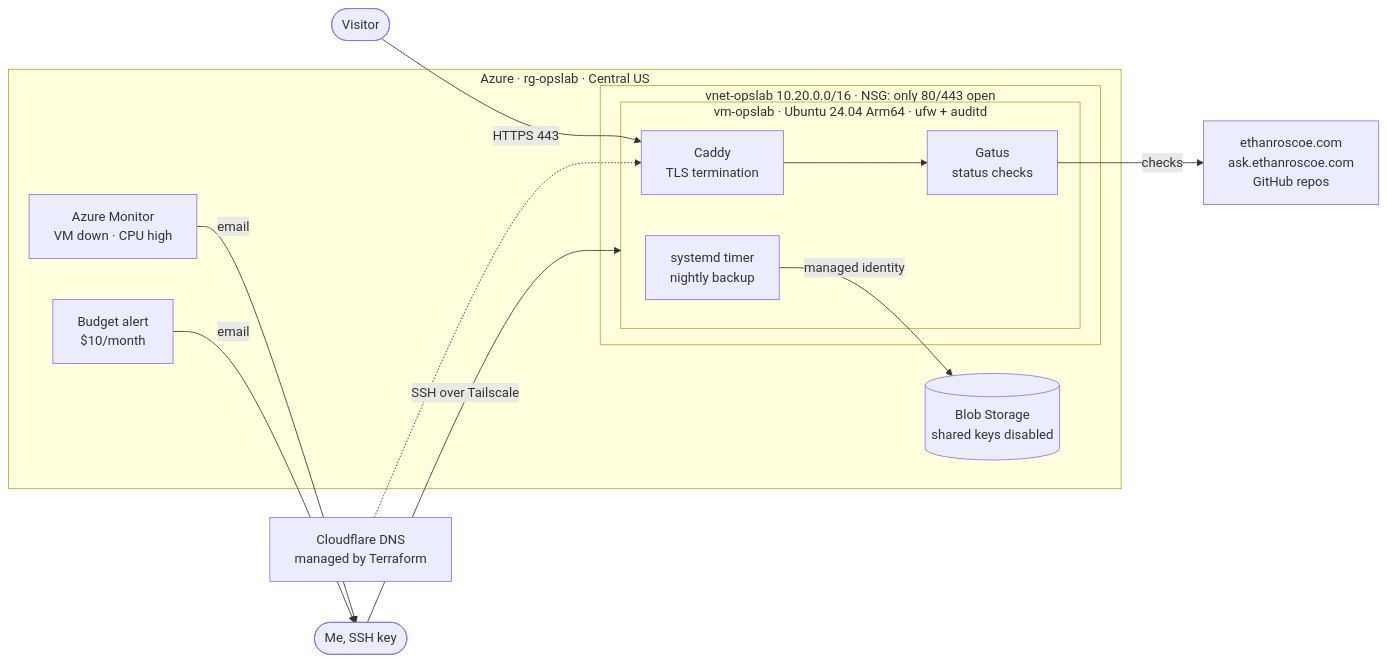
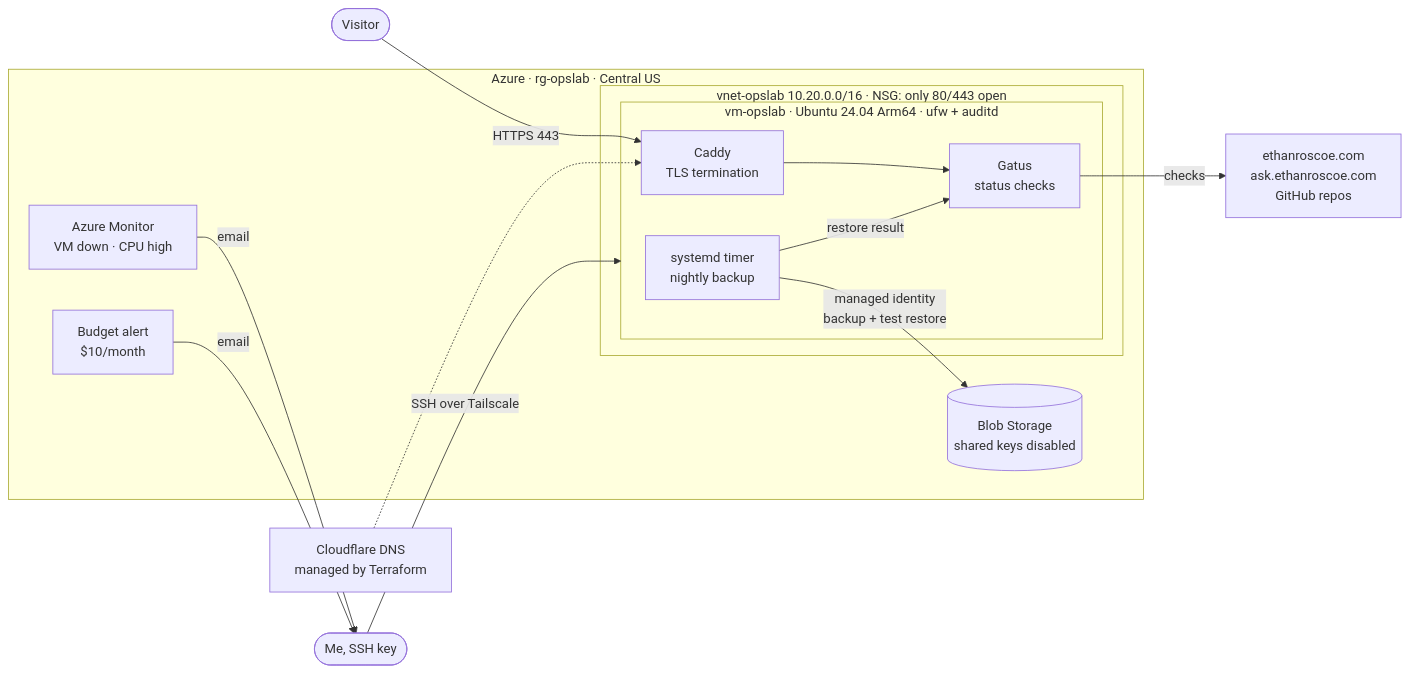
One commit to roscoe02/azure-ops-lab changed the diagram in README.md. Above: the diagram before and after it, drawn with Mermaid. The commit also changed other lines of this file and 8 other files, not shown here.

First line of the commit message:
Test-restore every backup and show the result on the status page

````diff
--- a/README.md
+++ b/README.md
@@ -20,23 +20,24 @@
 ```mermaid
 flowchart LR
   visitor([Visitor]) -->|HTTPS 443| caddy
   me([Me, SSH key]) -->|SSH over Tailscale| vm
 
   subgraph azure["Azure · rg-opslab · Central US"]
     subgraph vnet["vnet-opslab 10.20.0.0/16 · NSG: only 80/443 open"]
       subgraph vm["vm-opslab · Ubuntu 24.04 Arm64 · ufw + auditd"]
         caddy[Caddy<br/>TLS termination] --> gatus[Gatus<br/>status checks]
         timer[systemd timer<br/>nightly backup]
       end
     end
     storage[(Blob Storage<br/>shared keys disabled)]
     monitor[Azure Monitor<br/>VM down · CPU high]
     budget[Budget alert<br/>$10/month]
   end
 
-  timer -->|managed identity| storage
+  timer -->|managed identity<br/>backup + test restore| storage
+  timer -->|restore result| gatus
   monitor -->|email| me
   budget -->|email| me
   gatus -->|checks| sites[ethanroscoe.com<br/>ask.ethanroscoe.com<br/>GitHub repos]
   dns[Cloudflare DNS<br/>managed by Terraform] -.-> caddy
 ```
````
